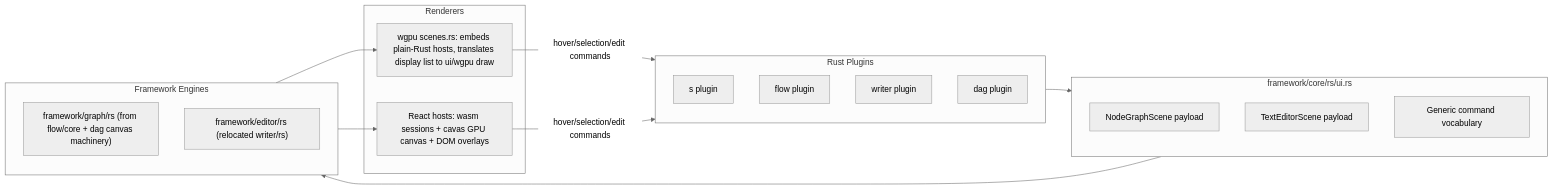
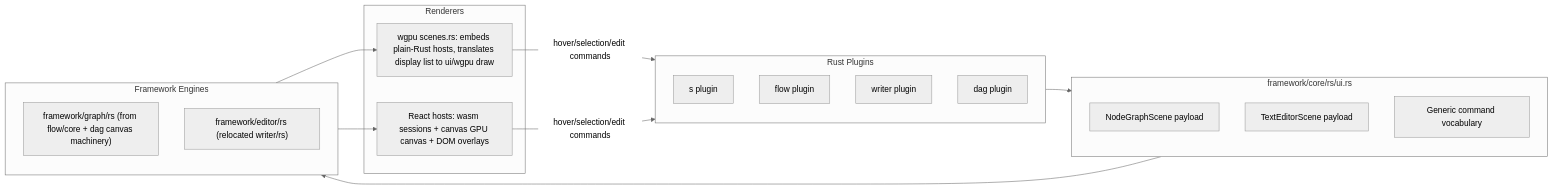
The diagram in .cursor/plans/generalize_rich_ui_engines_fb5319c1.plan.md (usalu/semio), drawn with Mermaid (neutral theme) before and after one commit. The commit also changed other lines of this file and 578 other files, not shown here.

````diff
--- a/.cursor/plans/generalize_rich_ui_engines_fb5319c1.plan.md
+++ b/.cursor/plans/generalize_rich_ui_engines_fb5319c1.plan.md
@@ -50,27 +50,27 @@
 ```mermaid
 flowchart LR
   subgraph plugins [Rust Plugins]
     sPlugin[s plugin]
     flowPlugin[flow plugin]
     writerPlugin[writer plugin]
     dagPlugin[dag plugin]
   end
   subgraph contract [framework/core/rs/ui.rs]
     ngScene[NodeGraphScene payload]
     teScene[TextEditorScene payload]
     cmds[Generic command vocabulary]
   end
   subgraph engines [Framework Engines]
     graphEngine["framework/graph/rs (from flow/core + dag canvas machinery)"]
     editorEngine["framework/editor/rs (relocated writer/rs)"]
   end
   subgraph renderers [Renderers]
     wgpuHost["wgpu scenes.rs: embeds plain-Rust hosts, translates display list to ui/wgpu draw"]
-    reactHost["React hosts: wasm sessions + cavas GPU canvas + DOM overlays"]
+    reactHost["React hosts: wasm sessions + canvas GPU canvas + DOM overlays"]
   end
   plugins --> contract --> engines
   engines --> wgpuHost
   engines --> reactHost
   wgpuHost -->|"hover/selection/edit commands"| plugins
   reactHost -->|"hover/selection/edit commands"| plugins
 ```
````
